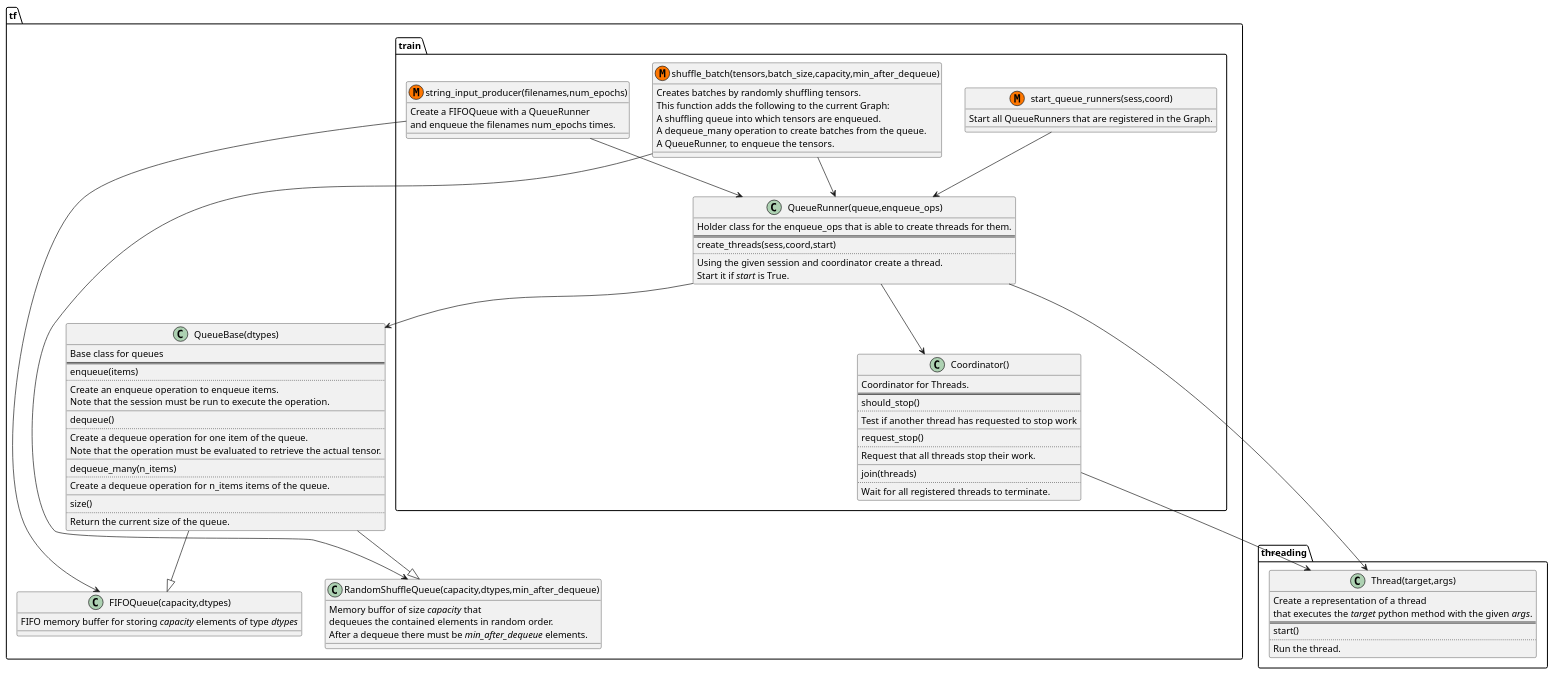
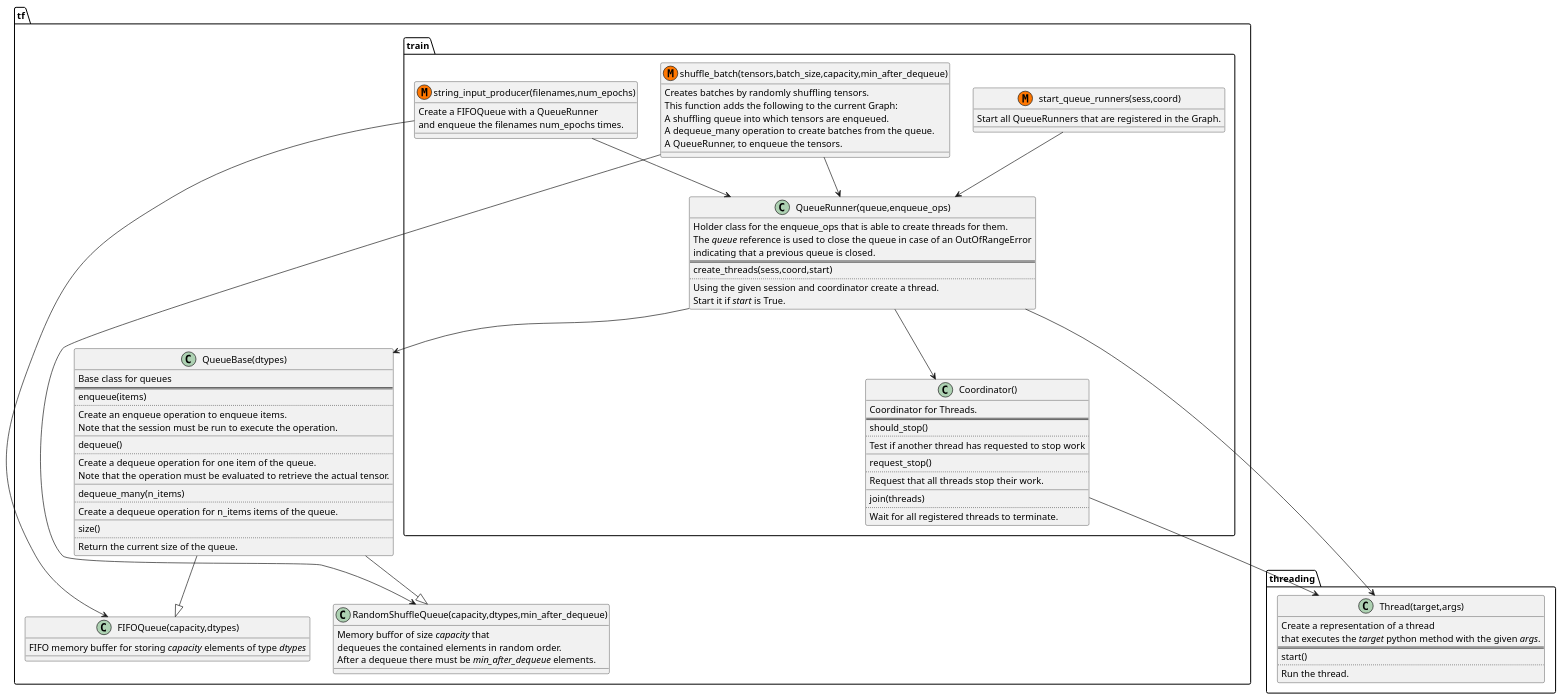
Before and after one commit to owahlen/learning-tensorflow: the diagram in pipelines.plantuml, drawn with PlantUML.

Commit message:
added reason for queue parameter in QueueRunner

```diff
--- a/pipelines.plantuml
+++ b/pipelines.plantuml
@@ -1,108 +1,110 @@
 @startuml
 
 class tf.QueueBase(dtypes) {
   Base class for queues
   ==
   enqueue(items)
   ..
   Create an enqueue operation to enqueue items.
   Note that the session must be run to execute the operation.
   __
   dequeue()
   ..
   Create a dequeue operation for one item of the queue.
   Note that the operation must be evaluated to retrieve the actual tensor.
   __
   dequeue_many(n_items)
   ..
   Create a dequeue operation for n_items items of the queue.
   __
   size()
   ..
   Return the current size of the queue.
 }
 
 
 class tf.FIFOQueue(capacity,dtypes) {
   FIFO memory buffer for storing <i>capacity</i> elements of type <i>dtypes</i>
 }
 
 "tf.QueueBase(dtypes)" --|> "tf.FIFOQueue(capacity,dtypes)"
 
 class tf.RandomShuffleQueue(capacity,dtypes,min_after_dequeue) {
   Memory buffor of size <i>capacity</i> that
   dequeues the contained elements in random order.
   After a dequeue there must be <i>min_after_dequeue</i> elements.
 }
 
 "tf.QueueBase(dtypes)" --|> "tf.RandomShuffleQueue(capacity,dtypes,min_after_dequeue)"
 
 
 class threading.Thread(target,args) {
   Create a representation of a thread
   that executes the <i>target</i> python method with the given <i>args</i>.
   ==
   start()
   ..
   Run the thread.
 }
 
 class tf.train.Coordinator() {
   Coordinator for Threads.
   ==
   should_stop()
   ..
   Test if another thread has requested to stop work
   __
   request_stop()
   ..
   Request that all threads stop their work.
   __
   join(threads)
   ..
   Wait for all registered threads to terminate.
 }
 
 "tf.train.Coordinator()" --> "threading.Thread(target,args)"
 
 class tf.train.QueueRunner(queue,enqueue_ops) {
   Holder class for the enqueue_ops that is able to create threads for them.
+  The <i>queue</i> reference is used to close the queue in case of an OutOfRangeError
+  indicating that a previous queue is closed.
   ==
   create_threads(sess,coord,start)
   ..
   Using the given session and coordinator create a thread.
   Start it if <i>start</i> is True.
 }
 
 "tf.train.QueueRunner(queue,enqueue_ops)" --> "tf.QueueBase(dtypes)"
 "tf.train.QueueRunner(queue,enqueue_ops)" --> "threading.Thread(target,args)"
 "tf.train.QueueRunner(queue,enqueue_ops)" --> "tf.train.Coordinator()"
 
 class tf.train.string_input_producer(filenames,num_epochs) << (M,#FF7700) >> {
   Create a FIFOQueue with a QueueRunner
   and enqueue the filenames num_epochs times.
 }
 
 "tf.train.string_input_producer(filenames,num_epochs)" --> "tf.FIFOQueue(capacity,dtypes)"
 "tf.train.string_input_producer(filenames,num_epochs)" --> "tf.train.QueueRunner(queue,enqueue_ops)"
 
 class tf.train.shuffle_batch(tensors,batch_size,capacity,min_after_dequeue) << (M,#FF7700) >> {
   Creates batches by randomly shuffling tensors.
   This function adds the following to the current Graph:
   A shuffling queue into which tensors are enqueued.
   A dequeue_many operation to create batches from the queue.
   A QueueRunner, to enqueue the tensors.
 }
 
 "tf.train.shuffle_batch(tensors,batch_size,capacity,min_after_dequeue)" --> "tf.RandomShuffleQueue(capacity,dtypes,min_after_dequeue)"
 "tf.train.shuffle_batch(tensors,batch_size,capacity,min_after_dequeue)" --> "tf.train.QueueRunner(queue,enqueue_ops)"
 
 class tf.train.start_queue_runners(sess,coord) << (M,#FF7700) >> {
   Start all QueueRunners that are registered in the Graph.
 }
 
 "tf.train.start_queue_runners(sess,coord)" --> "tf.train.QueueRunner(queue,enqueue_ops)"
 
 
 
 @enduml
```
